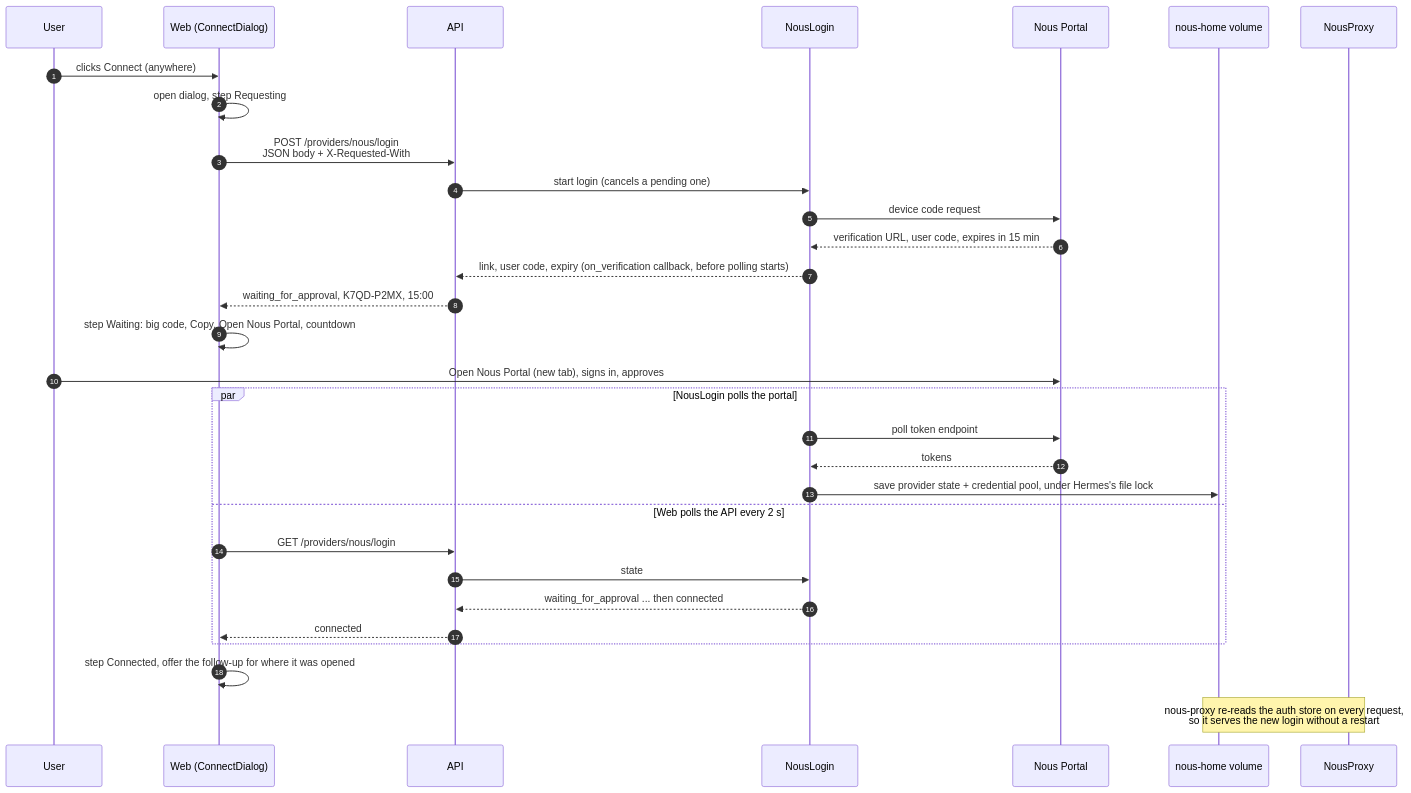
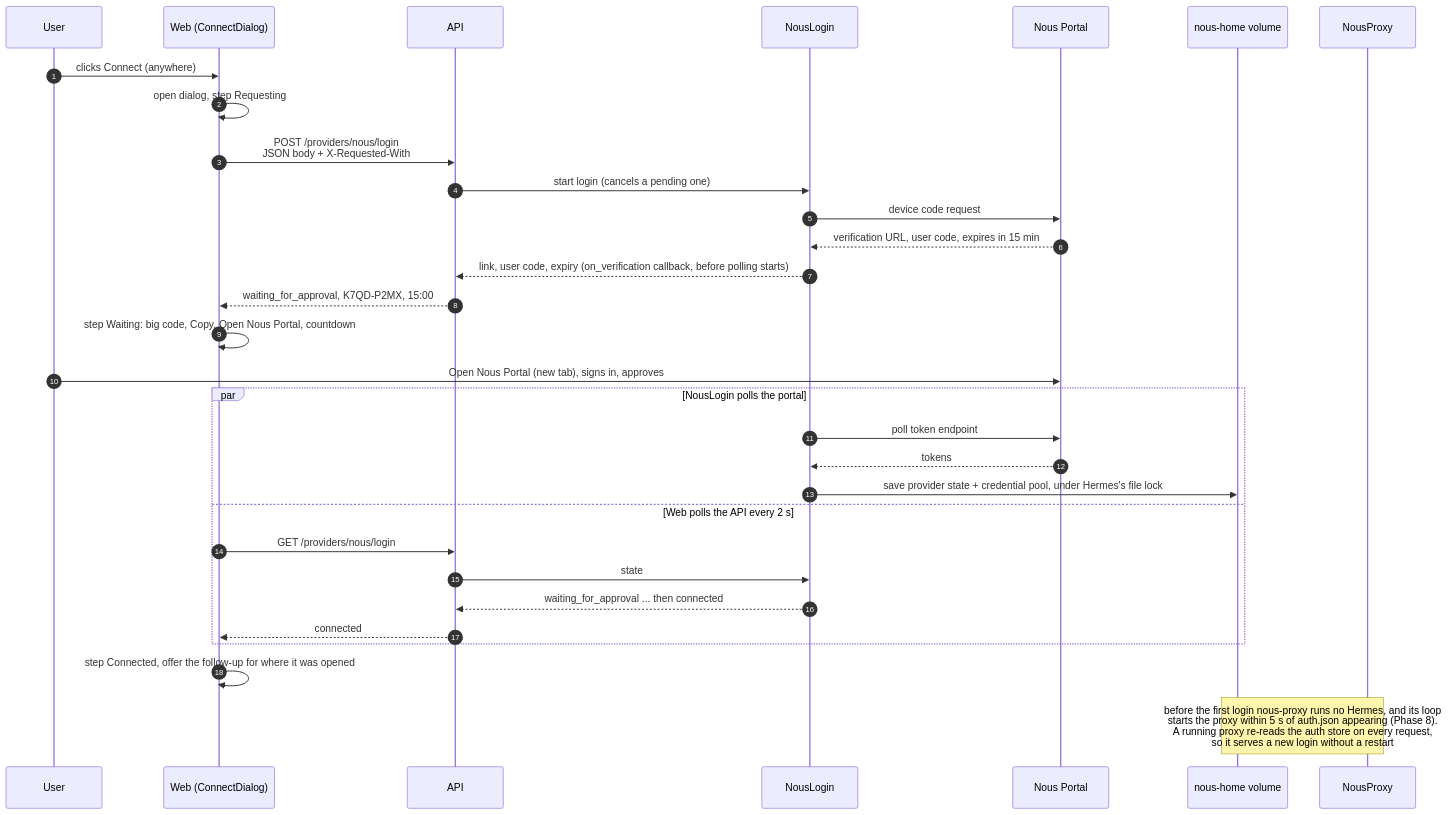
Diagram 13 of 49 in UI_FLOWS.md (sasuke007/hermes-evals), drawn with Mermaid before and after one commit. The commit also changed other lines of this file and 146 other files, not shown here.

````diff
--- a/UI_FLOWS.md
+++ b/UI_FLOWS.md
@@ -437,34 +488,34 @@
 ```mermaid
 sequenceDiagram
   autonumber
   participant U as User
   participant W as Web (ConnectDialog)
   participant A as API
   participant NL as NousLogin
   participant NP as Nous Portal
   participant V as nous-home volume
   participant PX as NousProxy
 
   U->>W: clicks Connect (anywhere)
   W->>W: open dialog, step Requesting
   W->>A: POST /providers/nous/login<br/>JSON body + X-Requested-With
   A->>NL: start login (cancels a pending one)
   NL->>NP: device code request
   NP-->>NL: verification URL, user code, expires in 15 min
   NL-->>A: link, user code, expiry (on_verification callback, before polling starts)
   A-->>W: waiting_for_approval, K7QD-P2MX, 15:00
   W->>W: step Waiting: big code, Copy, Open Nous Portal, countdown
   U->>NP: Open Nous Portal (new tab), signs in, approves
   par NousLogin polls the portal
     NL->>NP: poll token endpoint
     NP-->>NL: tokens
     NL->>V: save provider state + credential pool, under Hermes's file lock
   and Web polls the API every 2 s
     W->>A: GET /providers/nous/login
     A->>NL: state
     NL-->>A: waiting_for_approval ... then connected
     A-->>W: connected
   end
   W->>W: step Connected, offer the follow-up for where it was opened
-  Note over PX,V: nous-proxy re-reads the auth store on every request,<br/>so it serves the new login without a restart
+  Note over PX,V: before the first login nous-proxy runs no Hermes, and its loop<br/>starts the proxy within 5 s of auth.json appearing (Phase 8).<br/>A running proxy re-reads the auth store on every request,<br/>so it serves a new login without a restart
 ```
````
